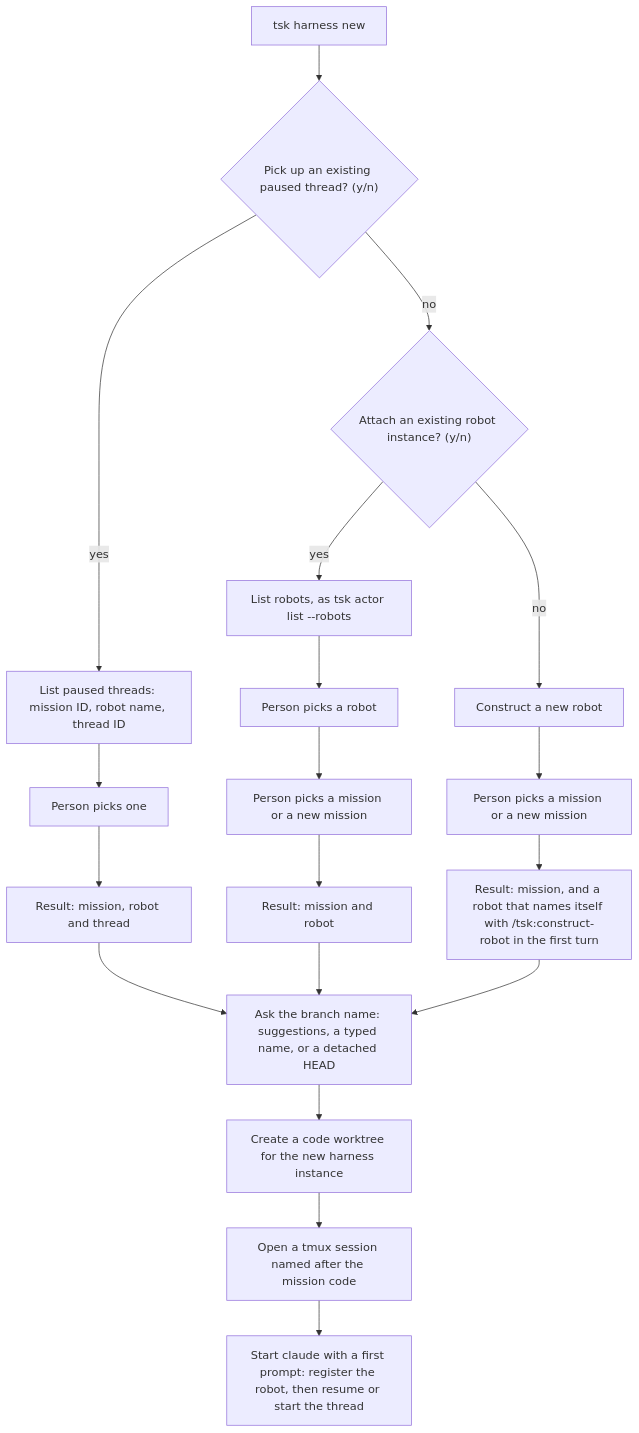
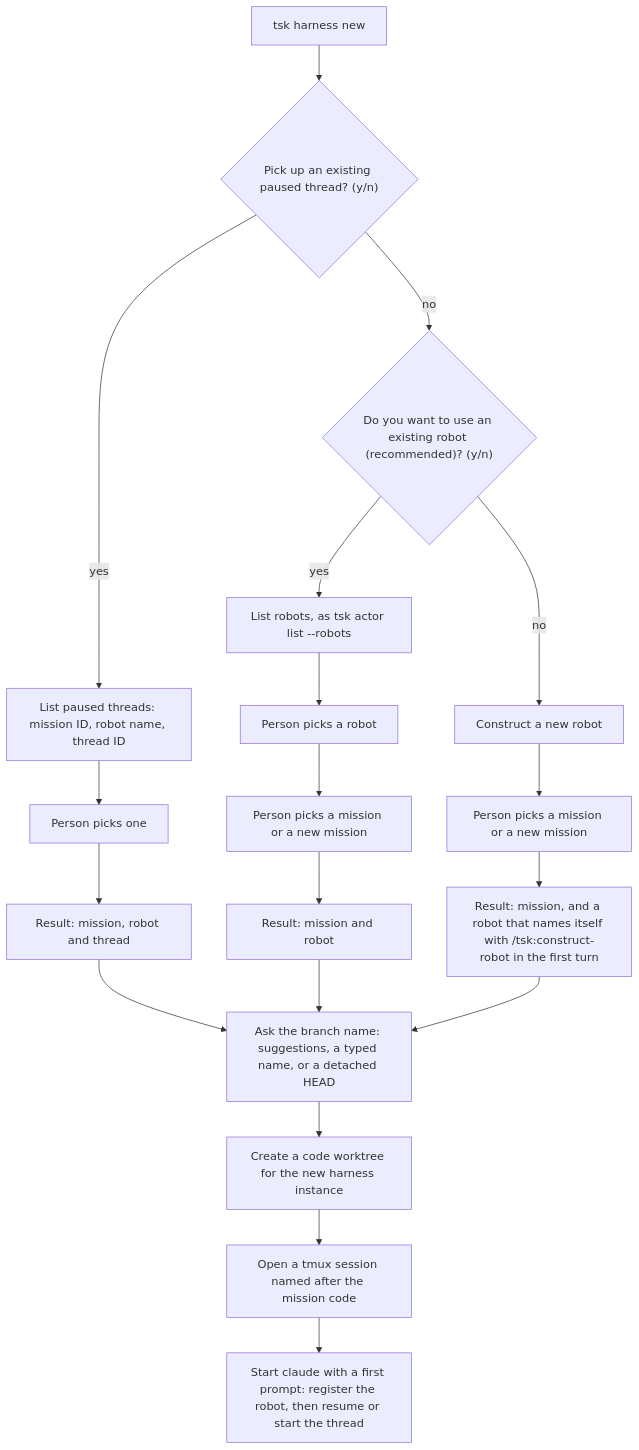
The fourth of 5 diagrams in docs/design/session-and-harness-flows.md (jimbarritt/tsk), drawn with Mermaid before and after one commit. The commit also changed other lines of this file and 14 other files, not shown here.

First line of the commit message:
Default a session to the robot of its thread, reuse an existing robot by default, record cloud sessions, and follow the repo workflow at wake (M-TSK-ENV T-65, T-66, T-67, T-46)

````diff
--- a/docs/design/session-and-harness-flows.md
+++ b/docs/design/session-and-harness-flows.md
@@ -140,21 +129,21 @@
 ```mermaid
 flowchart TD
     A[tsk harness new] --> B{"Pick up an existing paused thread? (y/n)"}
     B -->|yes| C["List paused threads: mission ID, robot name, thread ID"]
     C --> D[Person picks one]
     D --> E[Result: mission, robot and thread]
-    B -->|no| F{"Attach an existing robot instance? (y/n)"}
+    B -->|no| F{"Do you want to use an existing robot (recommended)? (y/n)"}
     F -->|yes| G["List robots, as tsk actor list --robots"]
     G --> H[Person picks a robot]
     H --> I[Person picks a mission or a new mission]
     I --> J[Result: mission and robot]
     F -->|no| K[Construct a new robot]
     K --> L[Person picks a mission or a new mission]
     L --> M["Result: mission, and a robot that names itself with /tsk:construct-robot in the first turn"]
     E --> Q["Ask the branch name: suggestions, a typed name, or a detached HEAD"]
     J --> Q
     M --> Q
     Q --> N[Create a code worktree for the new harness instance]
     N --> O[Open a tmux session named after the mission code]
     O --> P["Start claude with a first prompt: register the robot, then resume or start the thread"]
 ```
````
